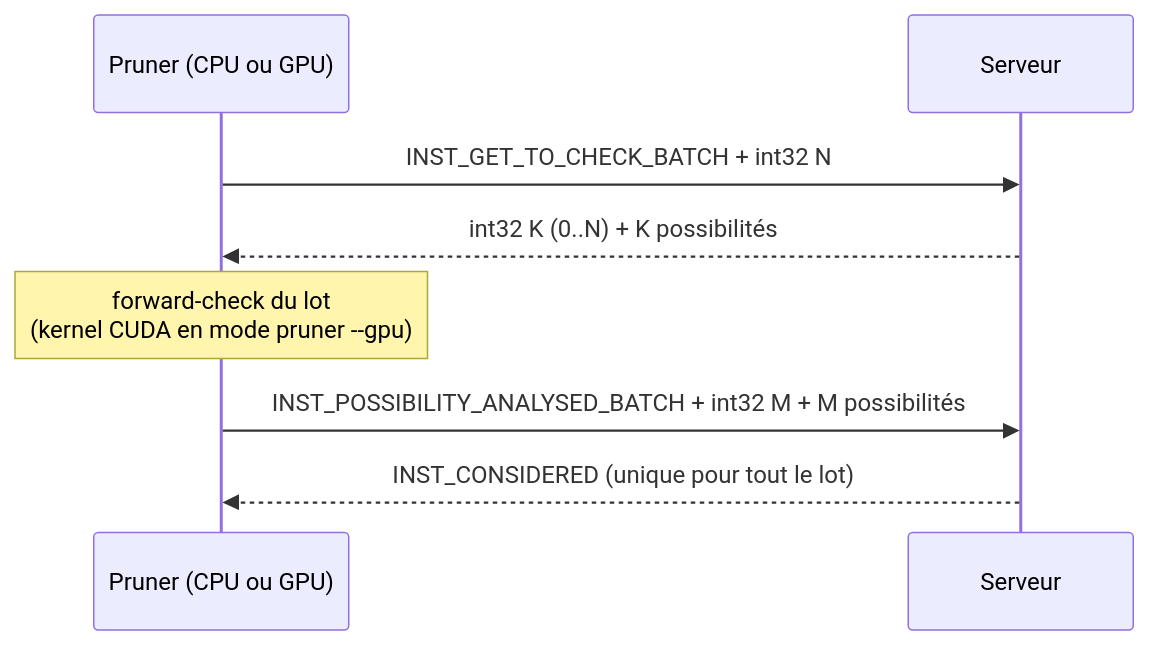
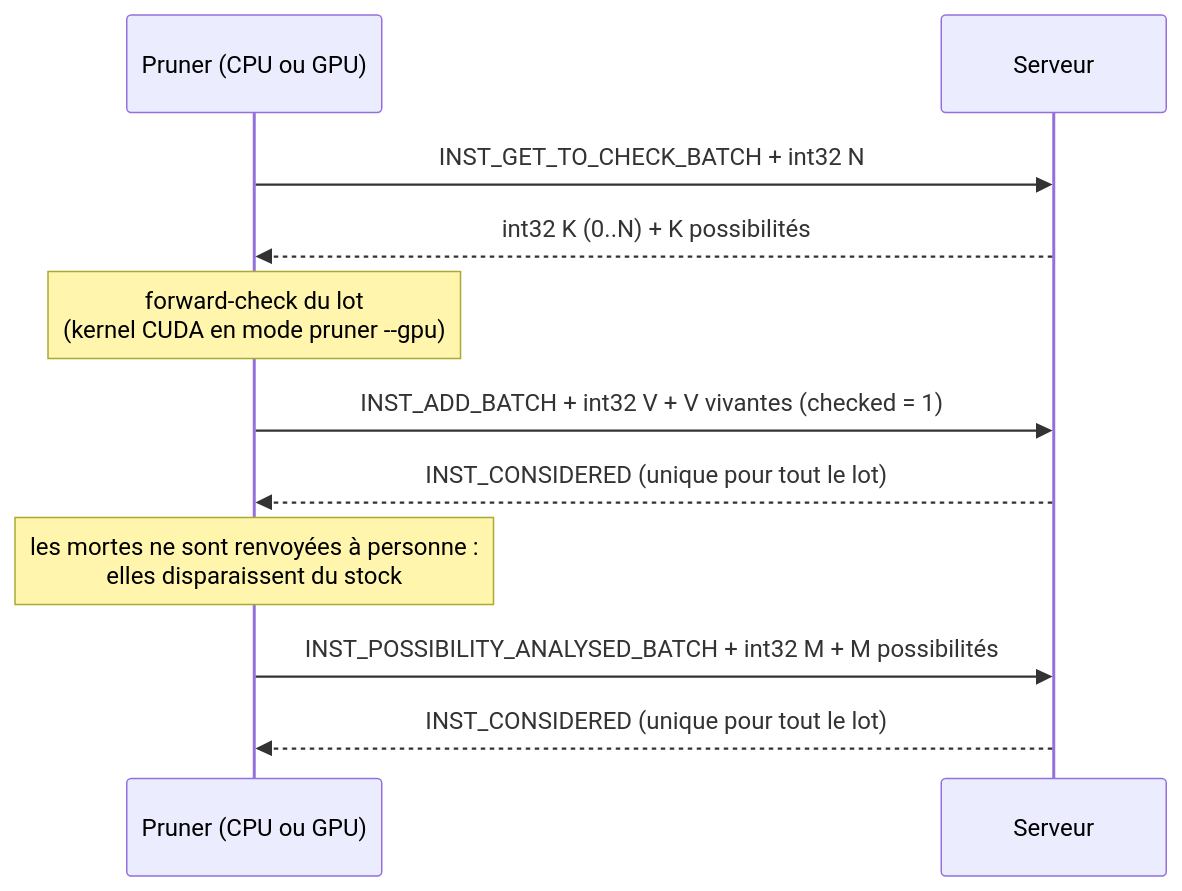
The fourth of 6 diagrams in docs/echanges_client_serveur.md (xaviergriffon/eternityII), drawn with Mermaid before and after one commit. The commit also changed other lines of this file and 13 other files, not shown here.

Commit message:
Depot par lot (INST_ADD_BATCH, v14) : le pruner ne paie plus un aller-retour TCP par possibilite (#329)

````diff
--- a/docs/echanges_client_serveur.md
+++ b/docs/echanges_client_serveur.md
@@ -146,10 +150,13 @@
 ```mermaid
 sequenceDiagram
     participant P as Pruner (CPU ou GPU)
     participant S as Serveur
     P->>S: INST_GET_TO_CHECK_BATCH + int32 N
     S-->>P: int32 K (0..N) + K possibilités
     Note over P: forward-check du lot<br/>(kernel CUDA en mode pruner --gpu)
+    P->>S: INST_ADD_BATCH + int32 V + V vivantes (checked = 1)
+    S-->>P: INST_CONSIDERED (unique pour tout le lot)
+    Note over P: les mortes ne sont renvoyées à personne :<br/>elles disparaissent du stock
     P->>S: INST_POSSIBILITY_ANALYSED_BATCH + int32 M + M possibilités
     S-->>P: INST_CONSIDERED (unique pour tout le lot)
 ```
````
